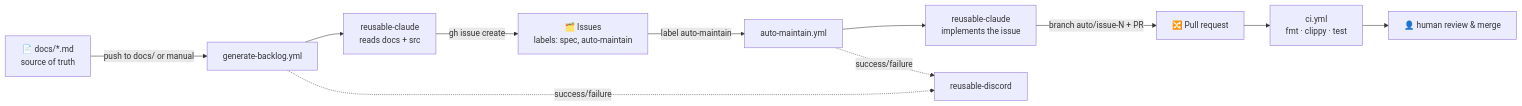
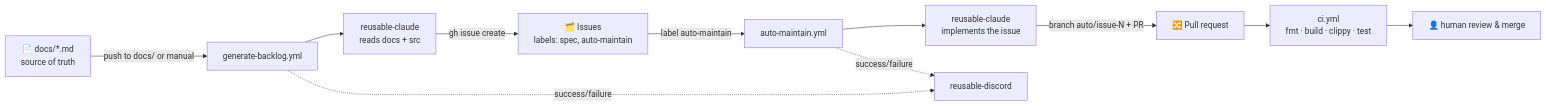
The third of 3 diagrams in README.md (qohat/code-from-docs), drawn with Mermaid before and after one commit. The commit also changed other lines of this file and 3 other files, not shown here.

````diff
--- a/README.md
+++ b/README.md
@@ -106,13 +108,13 @@
 ```mermaid
 flowchart LR
     DOCS["📄 docs/*.md<br/>source of truth"] -->|push to docs/ or manual| GB["generate-backlog.yml"]
     GB --> RC1["reusable-claude<br/>reads docs + src"]
     RC1 -->|gh issue create| ISSUES["🗂️ Issues<br/>labels: spec, auto-maintain"]
     ISSUES -->|label auto-maintain| AM["auto-maintain.yml"]
     AM --> RC2["reusable-claude<br/>implements the issue"]
     RC2 -->|branch auto/issue-N + PR| PR["🔀 Pull request"]
-    PR --> CI["ci.yml<br/>fmt · clippy · test"]
+    PR --> CI["ci.yml<br/>fmt · build · clippy · test"]
     CI --> HUMAN["👤 human review & merge"]
     GB -. success/failure .-> DISCORD["reusable-discord"]
     AM -. success/failure .-> DISCORD
 ```
````
